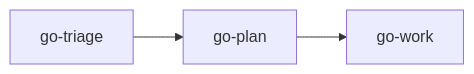
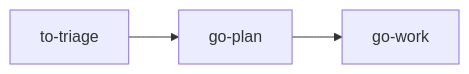
Before and after one commit to le0u0/just-do-it: the second of 2 diagrams in docs/go-plan.md, drawn with Mermaid. The commit also changed other lines of this file and 22 other files, not shown here.

````diff
--- a/docs/go-plan.md
+++ b/docs/go-plan.md
@@ -47,5 +47,5 @@
 ```mermaid
 flowchart LR
-    T[go-triage] --> P[go-plan]
+    T[to-triage] --> P[go-plan]
     P --> W[go-work]
 ```
````
